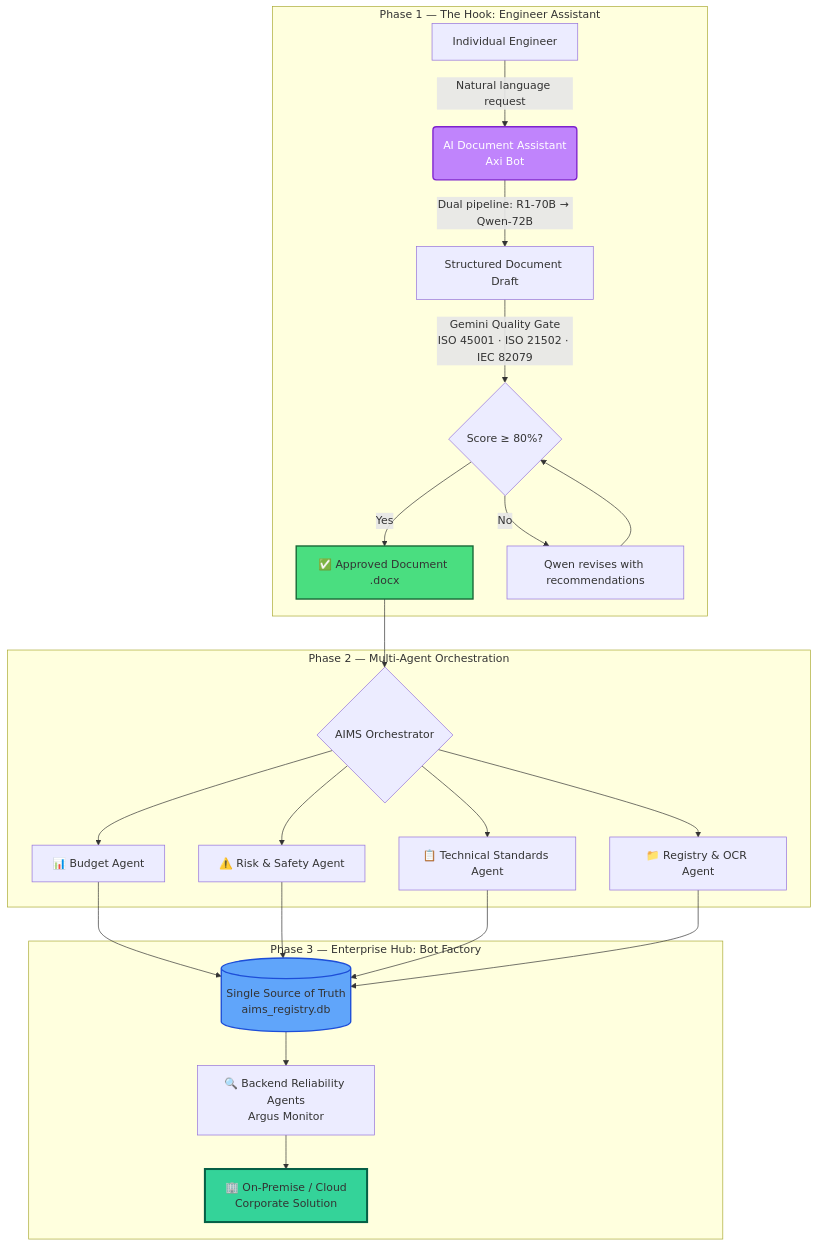
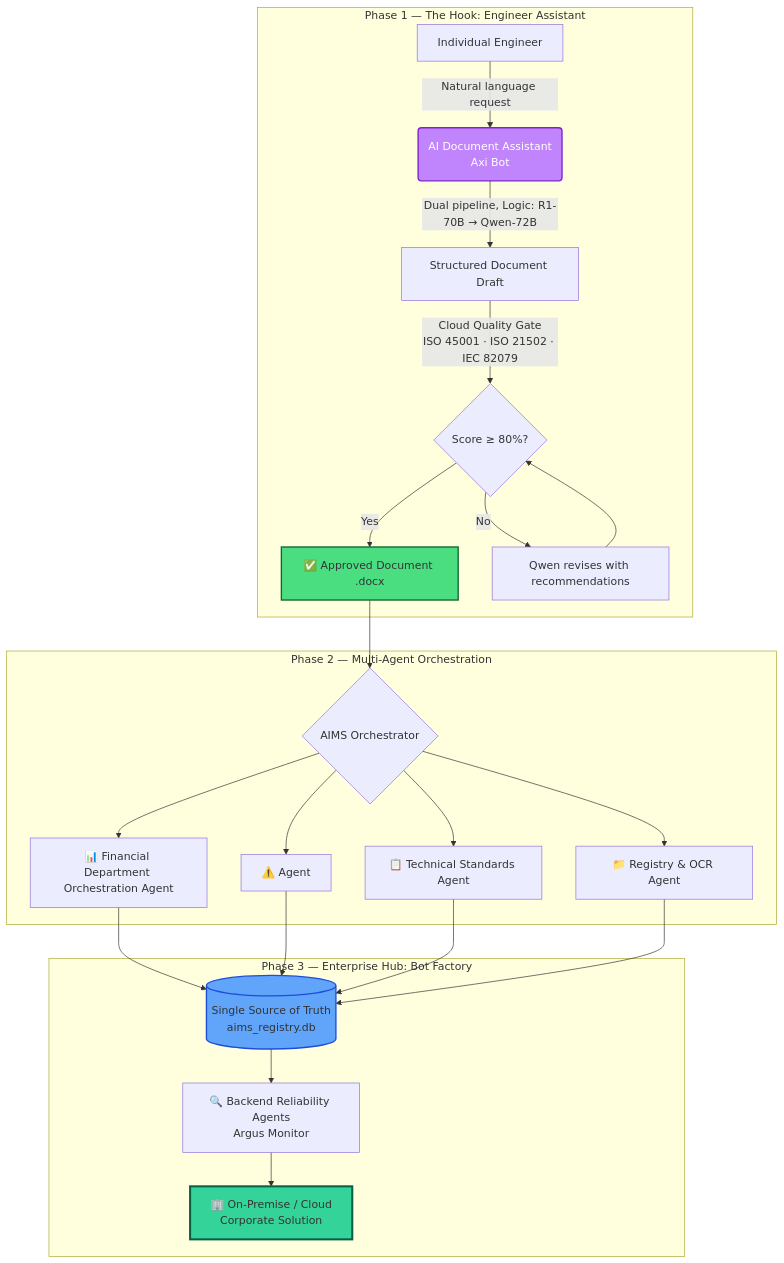
The second of 5 diagrams in README.md (AxiOMSphereAssistanceAIMS/AxiOMSphere), drawn with Mermaid before and after one commit. The commit also changed other lines of this file, not shown here.

````diff
--- a/README.md
+++ b/README.md
@@ -75,30 +114,30 @@
 ```mermaid
 graph TD
     subgraph "Phase 1 — The Hook: Engineer Assistant"
         A[Individual Engineer] -->|Natural language request| B(AI Document Assistant\nAxi Bot)
-        B -->|Dual pipeline: R1-70B → Qwen-72B| C[Structured Document Draft]
-        C -->|Gemini Quality Gate\nISO 45001 · ISO 21502 · IEC 82079| D{Score ≥ 80%?}
+        B -->|Dual pipeline, Logic: R1-70B → Qwen-72B| C[Structured Document Draft]
+        C -->|Cloud Quality Gate\nISO 45001 · ISO 21502 · IEC 82079| D{Score ≥ 80%?}
         D -->|Yes| E[✅ Approved Document .docx]
         D -->|No| F[Qwen revises with recommendations]
         F --> D
     end
 
     subgraph "Phase 2 — Multi-Agent Orchestration"
         E --> G{AIMS Orchestrator}
-        G --> H[📊 Budget Agent]
-        G --> I[⚠️ Risk & Safety Agent]
+        G --> H[📊 Financial Department Orchestration Agent]
+        G --> I[⚠️  Agent]
         G --> J[📋 Technical Standards Agent]
         G --> K[📁 Registry & OCR Agent]
     end
 
     subgraph "Phase 3 — Enterprise Hub: Bot Factory"
         H & I & J & K --> L[(Single Source of Truth\naims_registry.db)]
         L --> M[🔍 Backend Reliability Agents\nArgus Monitor]
         M --> N[🏢 On-Premise / Cloud\nCorporate Solution]
     end
 
     style B fill:#c084fc,stroke:#7e22ce,stroke-width:2px,color:#fff
     style E fill:#4ade80,stroke:#166534,stroke-width:2px
     style L fill:#60a5fa,stroke:#1d4ed8,stroke-width:2px
     style N fill:#34d399,stroke:#065f46,stroke-width:3px
 ```
````
